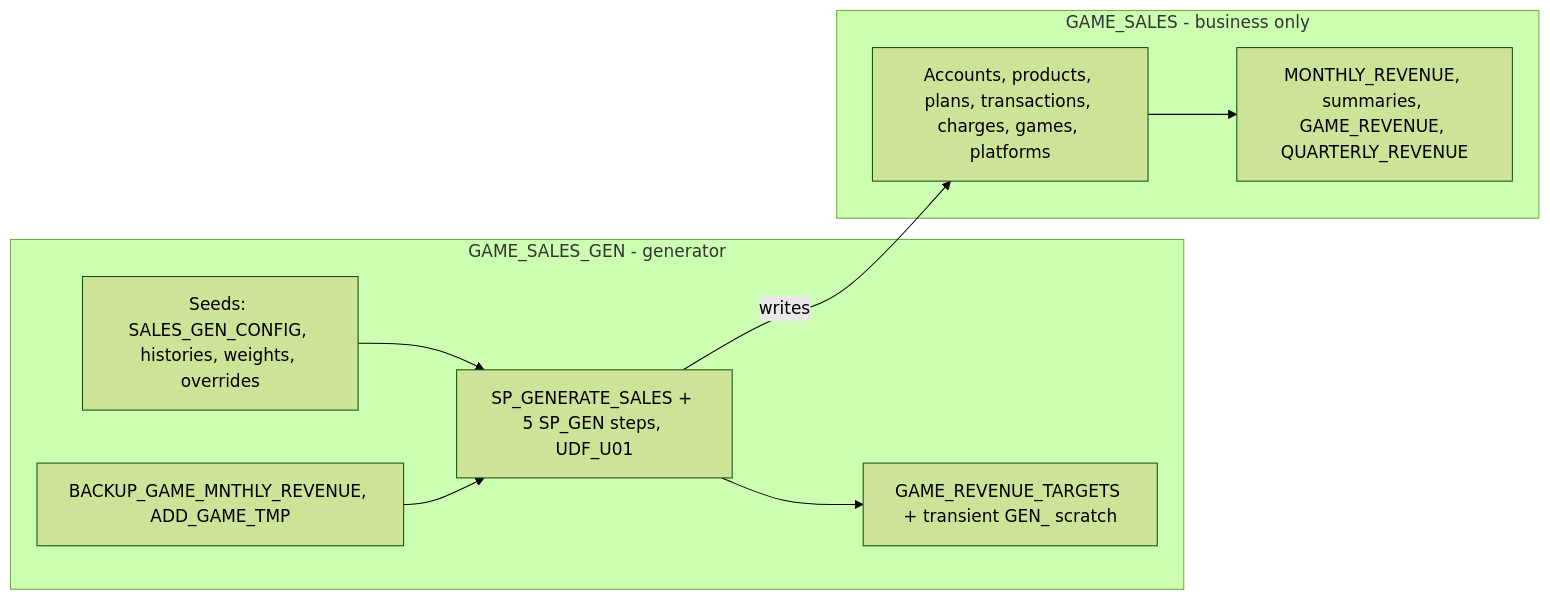
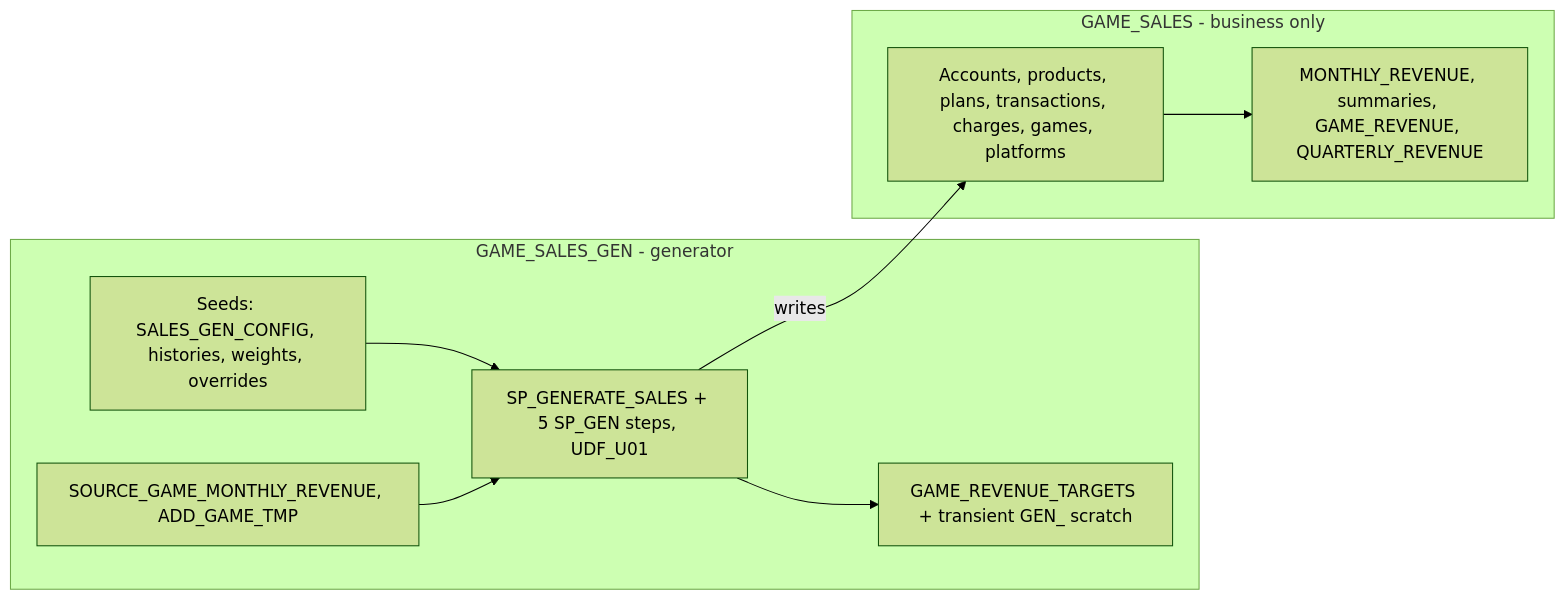
One commit to sfc-gh-jwestra/ontology-games changed the diagram in .snowflake/cortex/plans/move-generator-objects-to-game-sales-gen.plan.md. Above: the diagram before and after it, drawn with Mermaid (forest theme). The commit also changed other lines of this file and 259 other files, not shown here.

First line of the commit message:
Restructure demo: Parquet install, per-schema semantic views, graded batch eval, three-tab compare UI

````diff
--- a/.snowflake/cortex/plans/move-generator-objects-to-game-sales-gen.plan.md
+++ b/.snowflake/cortex/plans/move-generator-objects-to-game-sales-gen.plan.md
@@ -33,18 +33,18 @@
 ```mermaid
 flowchart LR
   subgraph gen [GAME_SALES_GEN - generator]
     Seeds["Seeds: SALES_GEN_CONFIG, histories, weights, overrides"]
-    Inputs["BACKUP_GAME_MNTHLY_REVENUE, ADD_GAME_TMP"]
+    Inputs["SOURCE_GAME_MONTHLY_REVENUE, ADD_GAME_TMP"]
     Code["SP_GENERATE_SALES + 5 SP_GEN steps, UDF_U01"]
     Work["GAME_REVENUE_TARGETS + transient GEN_ scratch"]
   end
   subgraph sales [GAME_SALES - business only]
     Biz["Accounts, products, plans, transactions, charges, games, platforms"]
     Rpt["MONTHLY_REVENUE, summaries, GAME_REVENUE, QUARTERLY_REVENUE"]
   end
   Seeds --> Code
   Inputs --> Code
   Code --> Work
   Code -->|writes| Biz
   Biz --> Rpt
 ```
````
